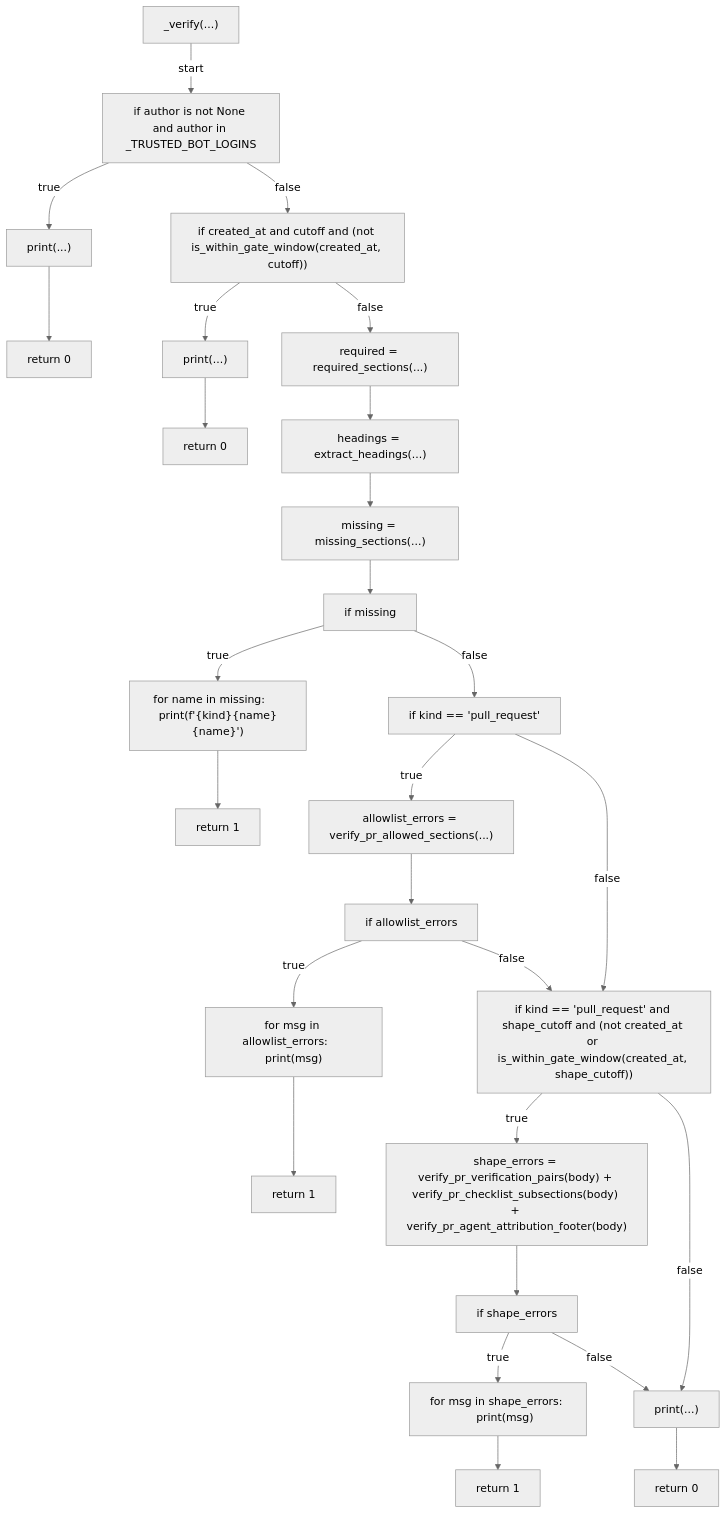
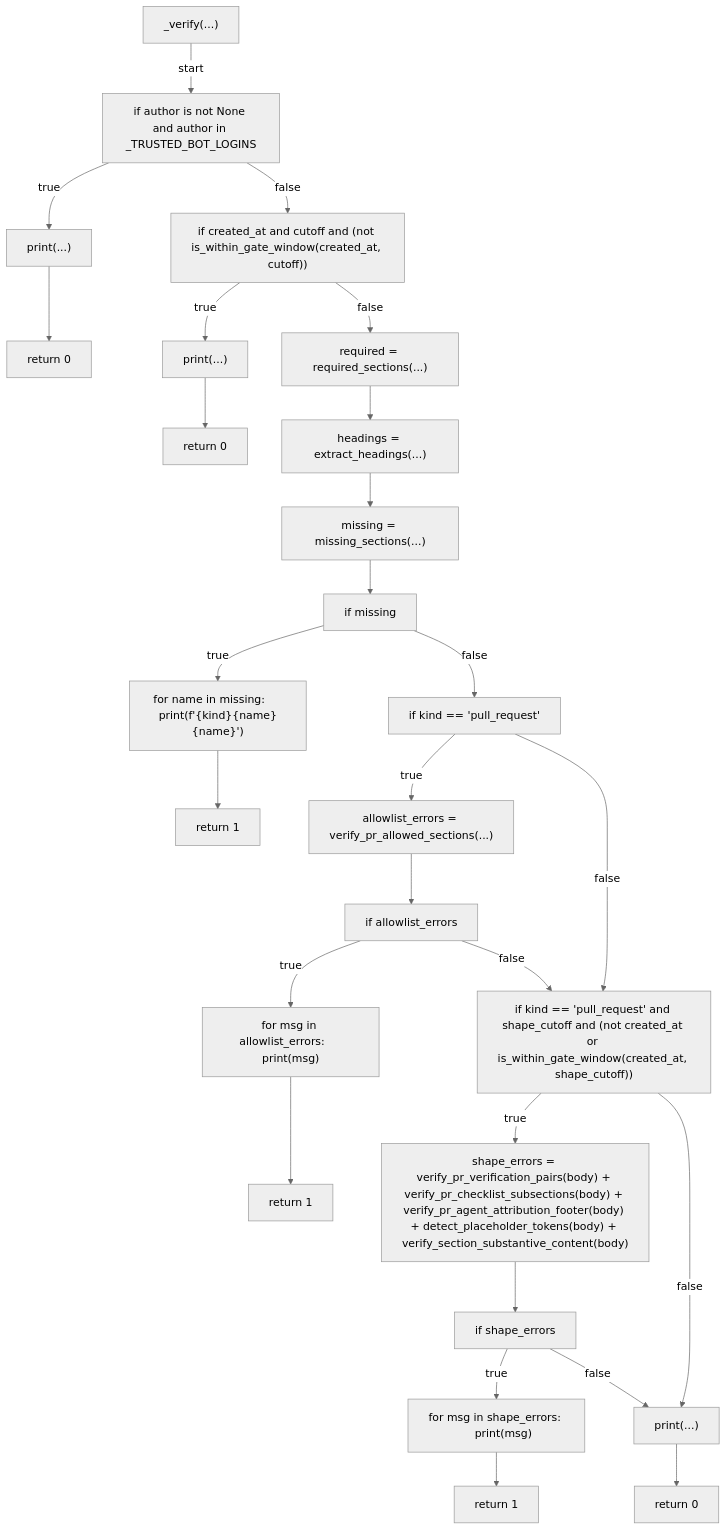
Diagram 20 of 27 in docs/generated/scripts/ast/body_policy.md (tvna/claude-md), drawn with Mermaid (neutral theme) before and after one commit. The commit also changed other lines of this file and 2 other files, not shown here.

First line of the commit message:
docs(generated): regenerate decision tree and workflow diagrams

````diff
--- a/docs/generated/scripts/ast/body_policy.md
+++ b/docs/generated/scripts/ast/body_policy.md
@@ -365,54 +397,54 @@
 ```mermaid
 flowchart TD
     N001["_verify(...)"]
     N002["if author is not None and author in _TRUSTED_BOT_LOGINS"]
     N003["print(...)"]
     N004["return 0"]
     N005["if created_at and cutoff and (not is_within_gate_window(created_at, cutoff))"]
     N006["print(...)"]
     N007["return 0"]
     N008["required = required_sections(...)"]
     N009["headings = extract_headings(...)"]
     N010["missing = missing_sections(...)"]
     N011["if missing"]
     N012["for name in missing:     print(f'<str>{kind}<str>{name}<str>{name}<str>')"]
     N013["return 1"]
     N014["if kind == 'pull_request'"]
     N015["allowlist_errors = verify_pr_allowed_sections(...)"]
     N016["if allowlist_errors"]
     N017["for msg in allowlist_errors:     print(msg)"]
     N018["return 1"]
     N019["if kind == 'pull_request' and shape_cutoff and (not created_at or is_within_gate_window(created_at, shape_cutoff))"]
-    N020["shape_errors = verify_pr_verification_pairs(body) + verify_pr_checklist_subsections(body) + verify_pr_agent_attribution_footer(body)"]
+    N020["shape_errors = verify_pr_verification_pairs(body) + verify_pr_checklist_subsections(body) + verify_pr_agent_attribution_footer(body) + detect_placeholder_tokens(body) + verify_section_substantive_content(body)"]
     N021["if shape_errors"]
     N022["for msg in shape_errors:     print(msg)"]
     N023["return 1"]
     N024["print(...)"]
     N025["return 0"]
     N001 -->|"start"| N002
     N002 -->|"true"| N003
     N003 --> N004
     N002 -->|"false"| N005
     N005 -->|"true"| N006
     N006 --> N007
     N005 -->|"false"| N008
     N008 --> N009
     N009 --> N010
     N010 --> N011
     N011 -->|"true"| N012
     N012 --> N013
     N011 -->|"false"| N014
     N014 -->|"true"| N015
     N015 --> N016
     N016 -->|"true"| N017
     N017 --> N018
     N016 -->|"false"| N019
     N014 -->|"false"| N019
     N019 -->|"true"| N020
     N020 --> N021
     N021 -->|"true"| N022
     N022 --> N023
     N021 -->|"false"| N024
     N019 -->|"false"| N024
     N024 --> N025
 ```
````
